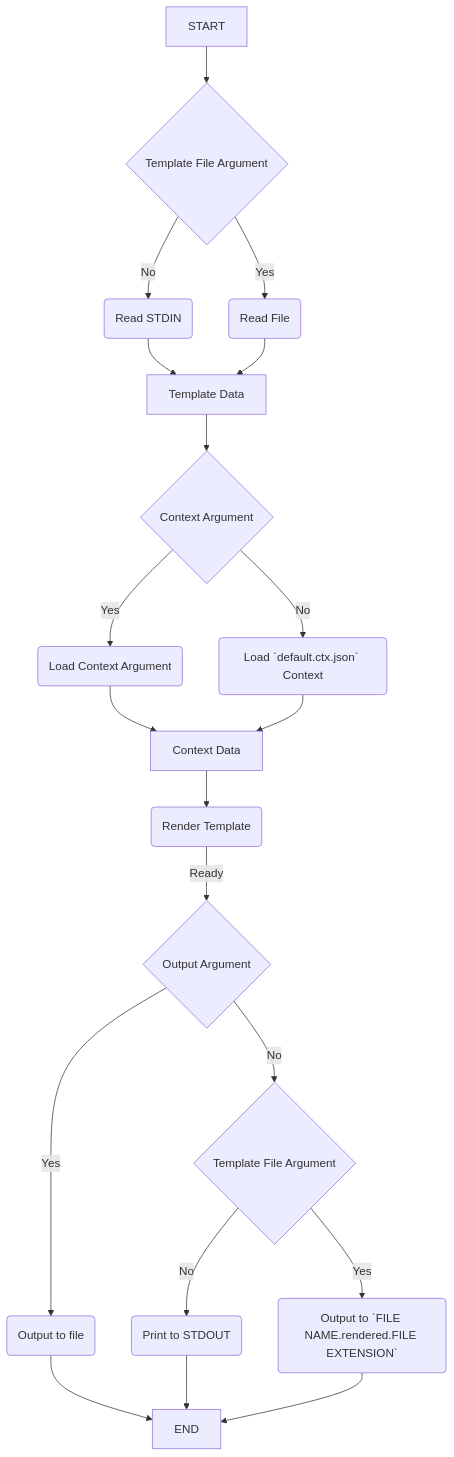
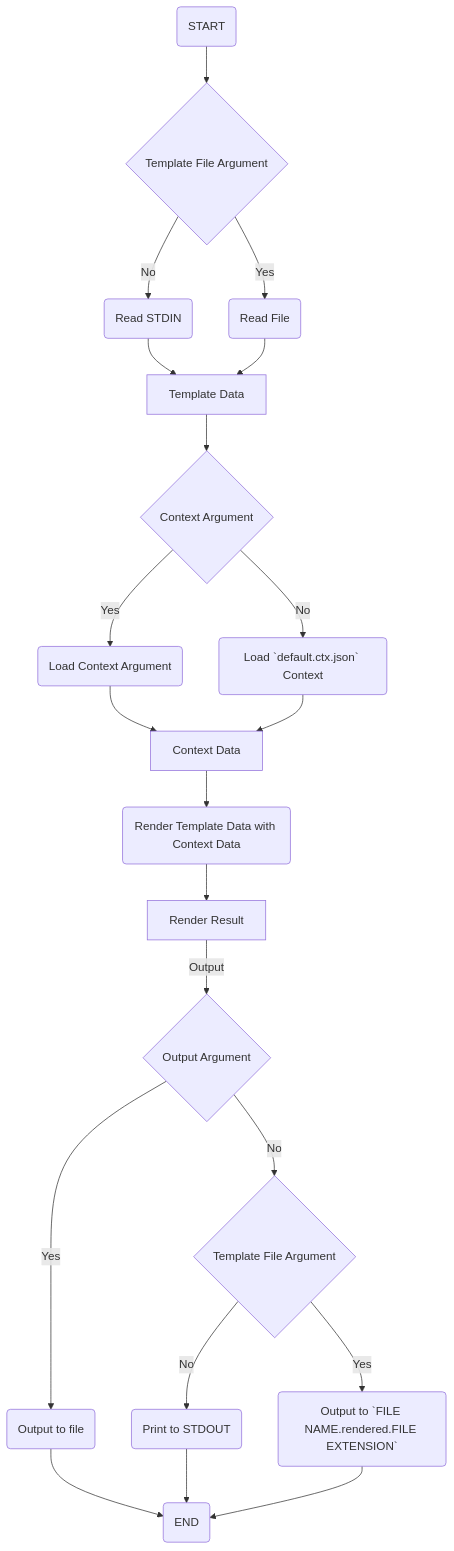
The diagram in rfcs/00-cli-core.md (DK26/rendit), drawn with Mermaid before and after one commit.

Commit message:
Updated CLI RFC Flowchart

````diff
--- a/rfcs/00-cli-core.md
+++ b/rfcs/00-cli-core.md
@@ -12,28 +12,29 @@
 ```mermaid
 graph TD;
-    Z[START]-->A;
+    Z(START)-->A;
     A{Template File Argument};
     A--> |Yes| B(Read File);
     A--> |No| F(Read STDIN);
     F-->Q;
     B-->Q;
     Q[Template Data]-->C;
     C{Context Argument};
     C--> |Yes| E(Load Context Argument);
     C--> |No| D(Load `default.ctx.json` Context);
     E-->W;
     D-->W;
     W[Context Data]-->G;
-    G(Render Template);
-    G-->|Ready|H;
+    G(Render Template Data with Context Data);
+    G-->R;
+    R[Render Result]-->|Output|H;
     H{Output Argument};
     H-->|No|L;
     H-->|Yes|O(Output to file)
     O-->X;
     L{Template File Argument};
     L-->|Yes|J(Output to `FILE NAME.rendered.FILE EXTENSION`);
     L-->|No|K(Print to STDOUT);
     K-->X;
     J-->X;
-    X[END]
+    X(END)
 ```  
````
